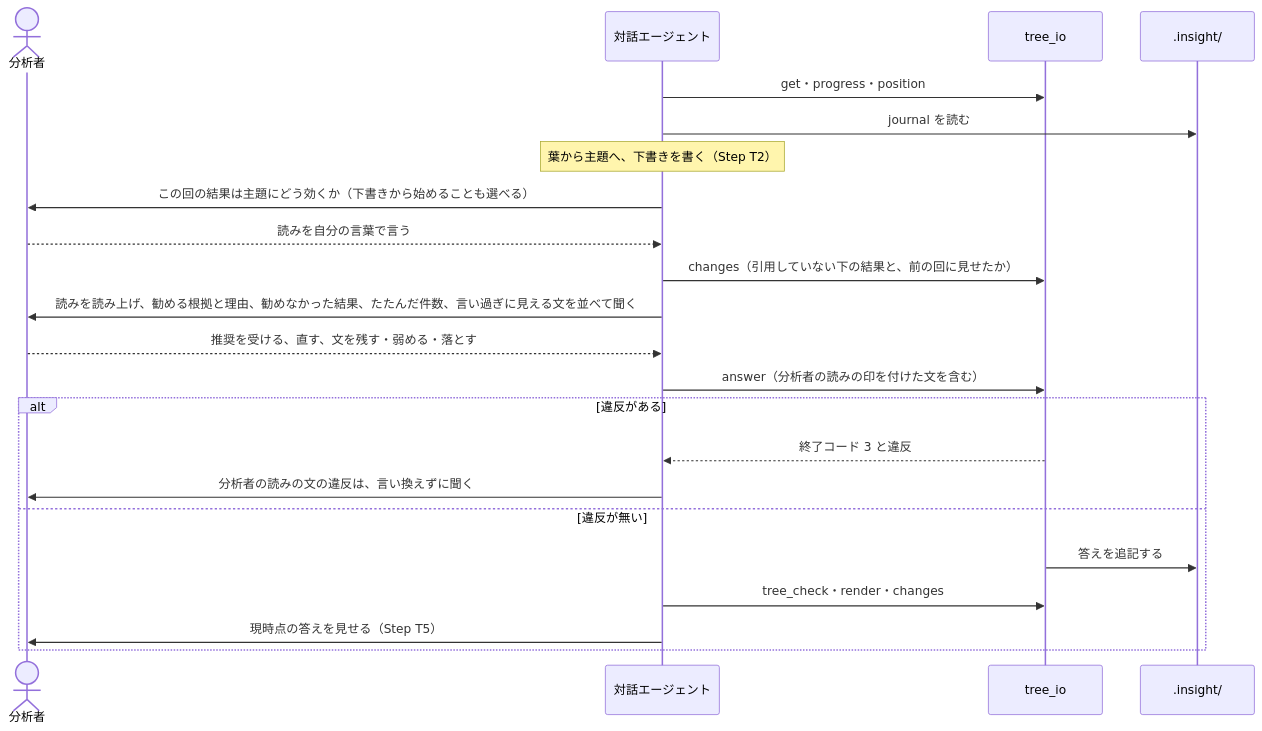
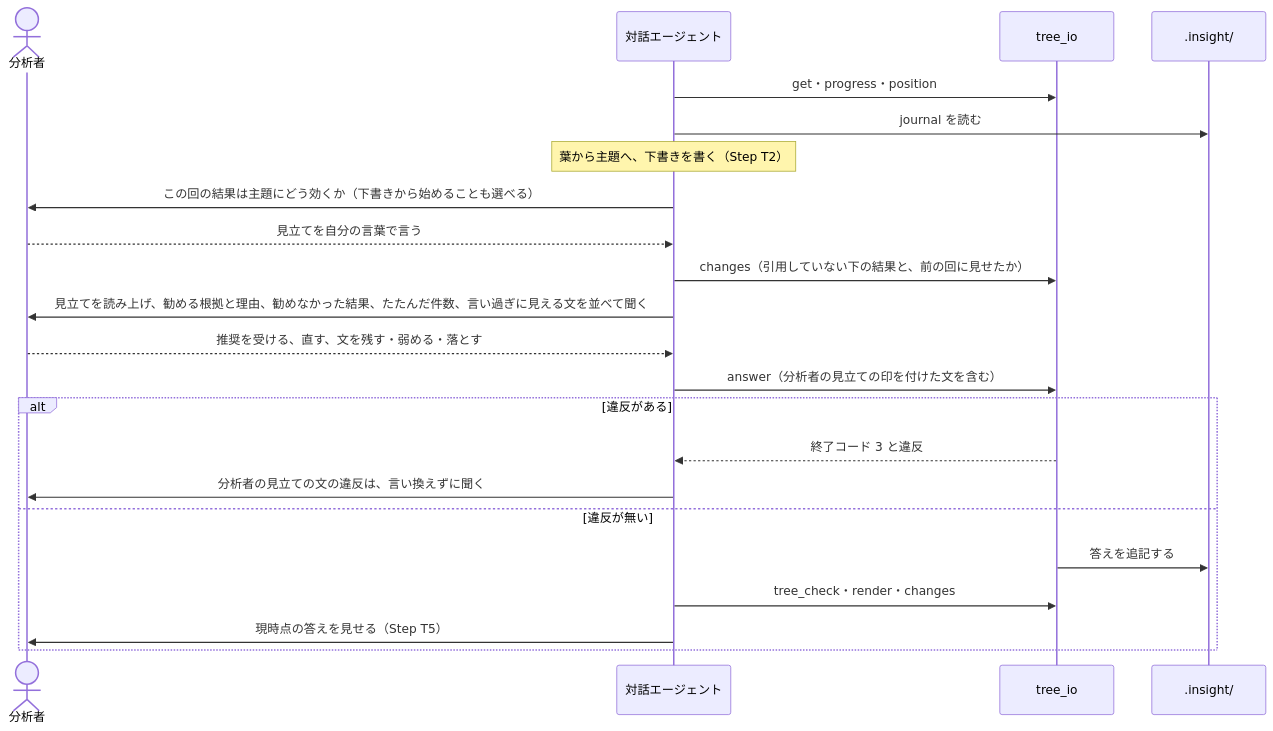
One commit to etoyama/insight-blueprint-skills changed the fifth of 5 diagrams in docs/design/epic-36-before-the-analyst-answers.md. Above: the diagram before and after it, drawn with Mermaid. The commit also changed other lines of this file and 6 other files, not shown here.

````diff
--- a/docs/design/epic-36-before-the-analyst-answers.md
+++ b/docs/design/epic-36-before-the-analyst-answers.md
@@ -467,24 +470,24 @@
 ```mermaid
 sequenceDiagram
     actor A as 分析者
     participant D as 対話エージェント
     participant T as tree_io
     participant FS as .insight/
     D->>T: get・progress・position
     D->>FS: journal を読む
     Note over D: 葉から主題へ、下書きを書く（Step T2）
     D->>A: この回の結果は主題にどう効くか（下書きから始めることも選べる）
-    A-->>D: 読みを自分の言葉で言う
+    A-->>D: 見立てを自分の言葉で言う
     D->>T: changes（引用していない下の結果と、前の回に見せたか）
-    D->>A: 読みを読み上げ、勧める根拠と理由、勧めなかった結果、たたんだ件数、言い過ぎに見える文を並べて聞く
+    D->>A: 見立てを読み上げ、勧める根拠と理由、勧めなかった結果、たたんだ件数、言い過ぎに見える文を並べて聞く
     A-->>D: 推奨を受ける、直す、文を残す・弱める・落とす
-    D->>T: answer（分析者の読みの印を付けた文を含む）
+    D->>T: answer（分析者の見立ての印を付けた文を含む）
     alt 違反がある
         T-->>D: 終了コード 3 と違反
-        D->>A: 分析者の読みの文の違反は、言い換えずに聞く
+        D->>A: 分析者の見立ての文の違反は、言い換えずに聞く
     else 違反が無い
         T->>FS: 答えを追記する
         D->>T: tree_check・render・changes
         D->>A: 現時点の答えを見せる（Step T5）
     end
 ```
````
